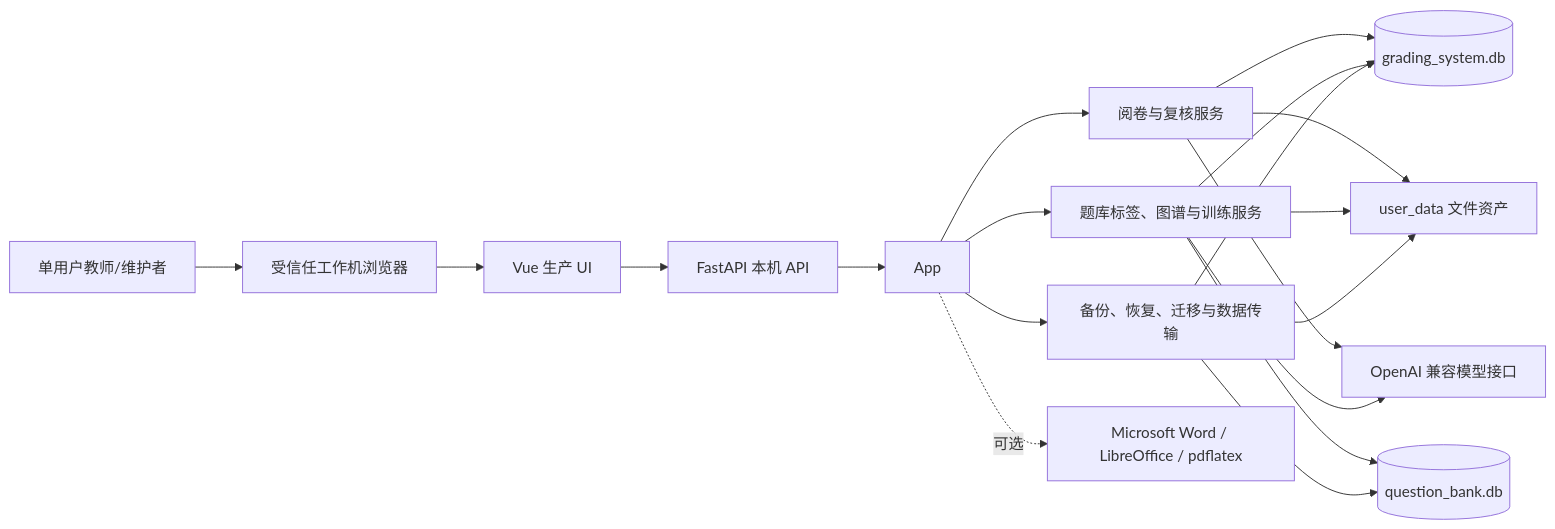
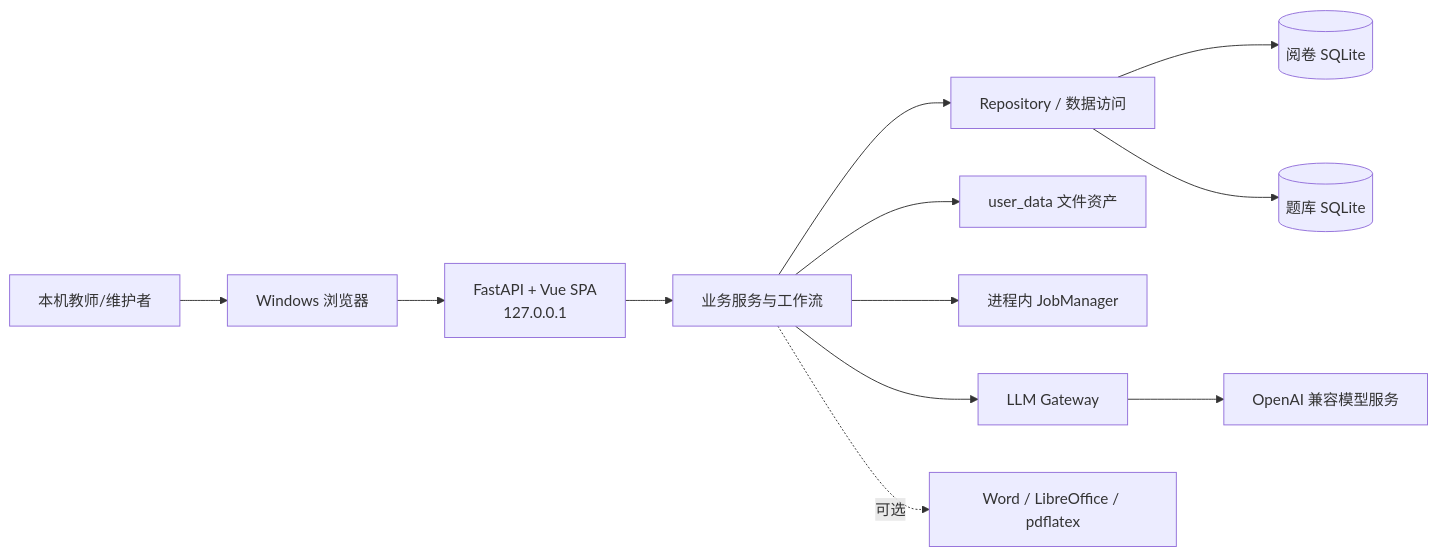
Before and after one commit to Hineni412/ai-grading-system-workstation: the diagram in ARCHITECTURE.md, drawn with Mermaid. The commit also changed other lines of this file and 117 other files, not shown here.

````diff
--- a/ARCHITECTURE.md
+++ b/ARCHITECTURE.md
@@ -139,25 +23,14 @@
 ```mermaid
 flowchart LR
-    User["单用户教师/维护者"] --> Browser["受信任工作机浏览器"]
-    Browser --> Vue["Vue 生产 UI"]
-    Vue --> API["FastAPI 本机 API"]
-    API --> App
-
-    App --> Grading["阅卷与复核服务"]
-    App --> Bank["题库标签、图谱与训练服务"]
-    App --> Ops["备份、恢复、迁移与数据传输"]
-
-    Grading --> GradingDB[("grading_system.db")]
-    Bank --> GradingDB
-    Bank --> BankDB[("question_bank.db")]
-    Ops --> GradingDB
-    Ops --> BankDB
-
-    Grading --> Files["user_data 文件资产"]
-    Bank --> Files
-    Ops --> Files
-
-    Grading --> ModelAPI["OpenAI 兼容模型接口"]
-    Bank --> ModelAPI
-    App -. "可选" .-> LocalTools["Microsoft Word / LibreOffice / pdflatex"]
+    User["本机教师/维护者"] --> Browser["Windows 浏览器"]
+    Browser --> App["FastAPI + Vue SPA\n127.0.0.1"]
+    App --> Workflow["业务服务与工作流"]
+    Workflow --> Repo["Repository / 数据访问"]
+    Repo --> GDB[("阅卷 SQLite")]
+    Repo --> QDB[("题库 SQLite")]
+    Workflow --> Files["user_data 文件资产"]
+    Workflow --> Jobs["进程内 JobManager"]
+    Workflow --> Gateway["LLM Gateway"]
+    Gateway --> Model["OpenAI 兼容模型服务"]
+    Workflow -. "可选" .-> Tools["Word / LibreOffice / pdflatex"]
 ```
````
